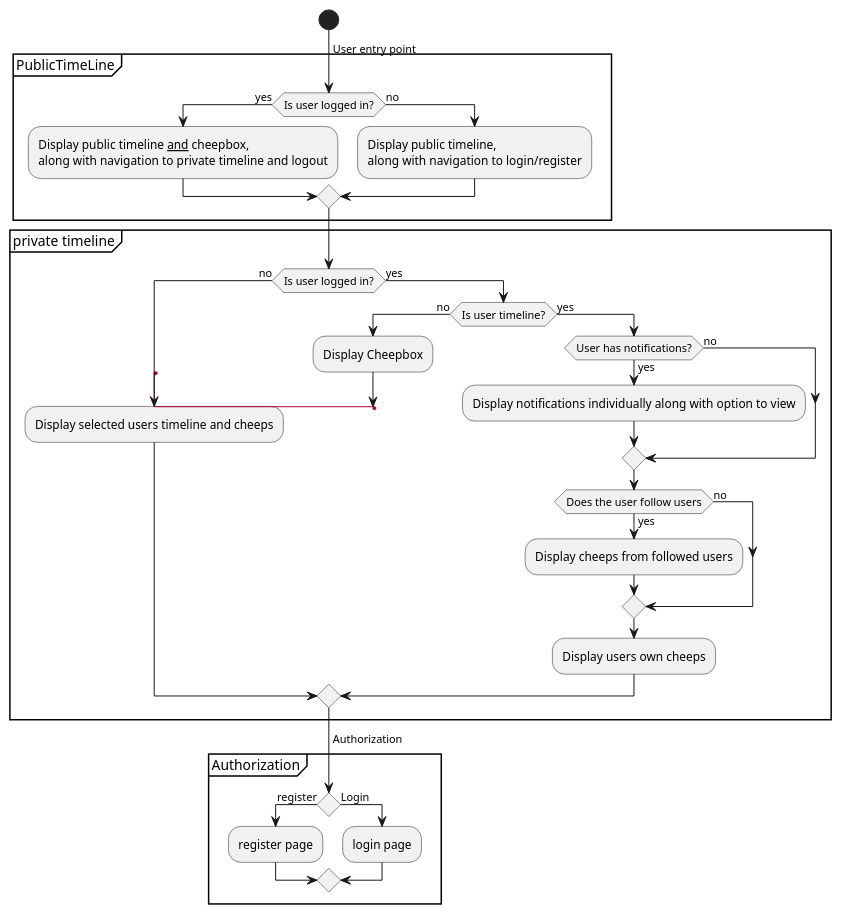
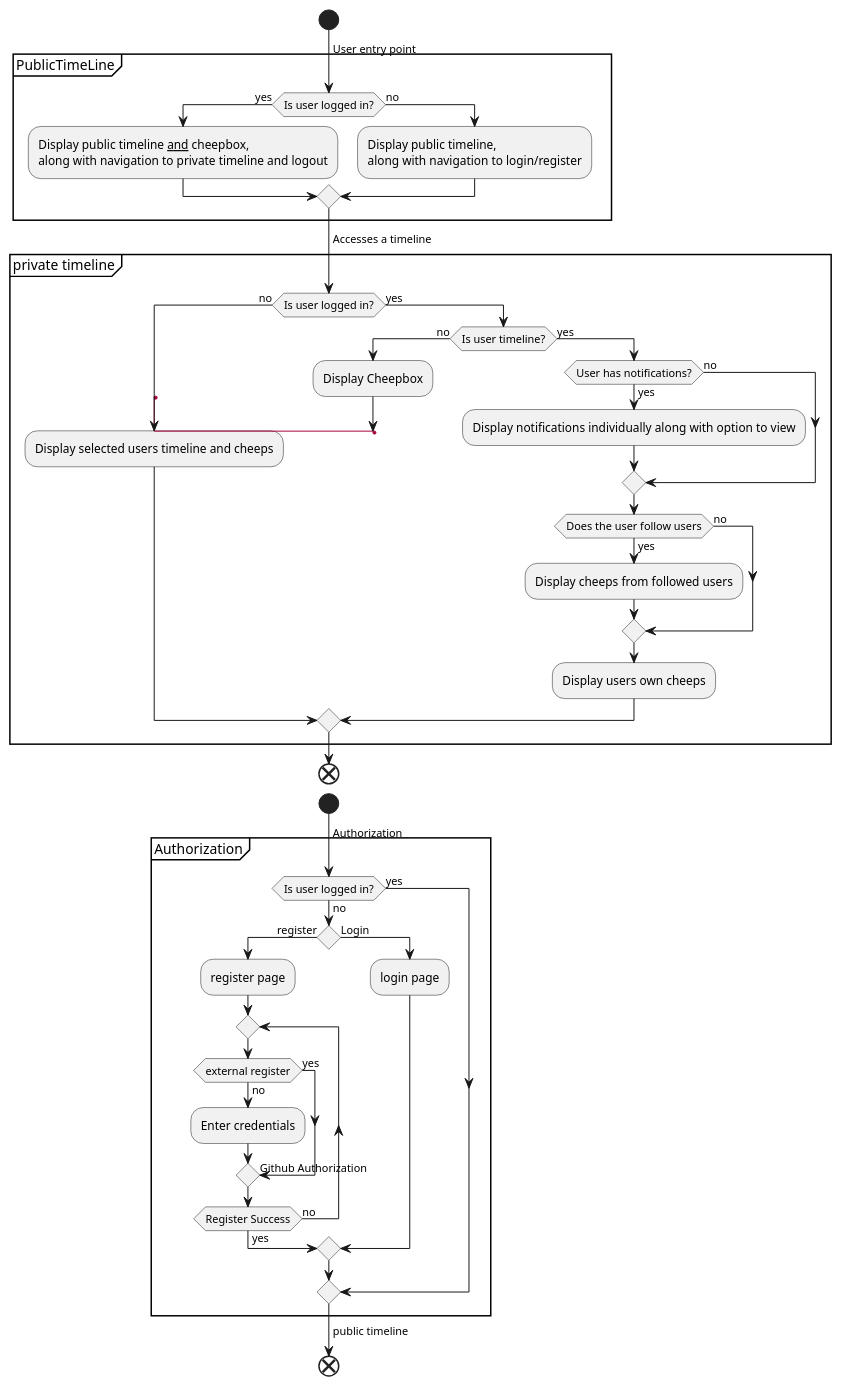
One commit to ITU-BDSA2024-GROUP12/Chirp changed the diagram in docs/diagrams/src/ActivityDiagram.wsd. Above: the diagram before and after it, drawn with PlantUML. The commit also changed other lines of this file, not shown here.

Commit message:
Divided up authorization

```diff
--- a/docs/diagrams/src/ActivityDiagram.wsd
+++ b/docs/diagrams/src/ActivityDiagram.wsd
@@ -1,43 +1,58 @@
-@startuml
+@startuml 1
 start
 group PublicTimeLine 
     -> User entry point;
     if (Is user logged in?) then (yes)
         :Display public timeline __and__ cheepbox,\nalong with navigation to private timeline and logout;
     else (no)
         :Display public timeline,\nalong with navigation to login/register;
     endif
 end group
 group private timeline
+    -> Accesses a timeline;
     if(Is user logged in?) then (no)
         'The first two labels are only used as spacers'
         label spacer1
         label spacer2
         label NonUserTimeline
         :Display selected users timeline and cheeps;
     else (yes)
   if(Is user timeline?) then (no)
             :Display Cheepbox;
             goto NonUserTimeline
         else (yes)
             if(User has notifications?) then (no)
             else (yes)
             :Display notifications individually along with option to view;
             endif
             if(Does the user follow users) then (no)
             else (yes)
             :Display cheeps from followed users;
             endif
             :Display users own cheeps;
         endif
     endif
 end group
+end
+start
 partition Authorization {
     -> Authorization;
+    if(Is user logged in?) then (yes)
+    else (no)
     if() then (register)
         :register page;
+        repeat
+        if(external register) then (yes)
+        -> Github Authorization;
+        else (no)
+        :Enter credentials;
+        endif
+        repeat while (Register Success) is (no) not (yes)
     else (Login)
         :login page;
     endif
+    endif
     }
+    -> public timeline;
+end
 @enduml
```
